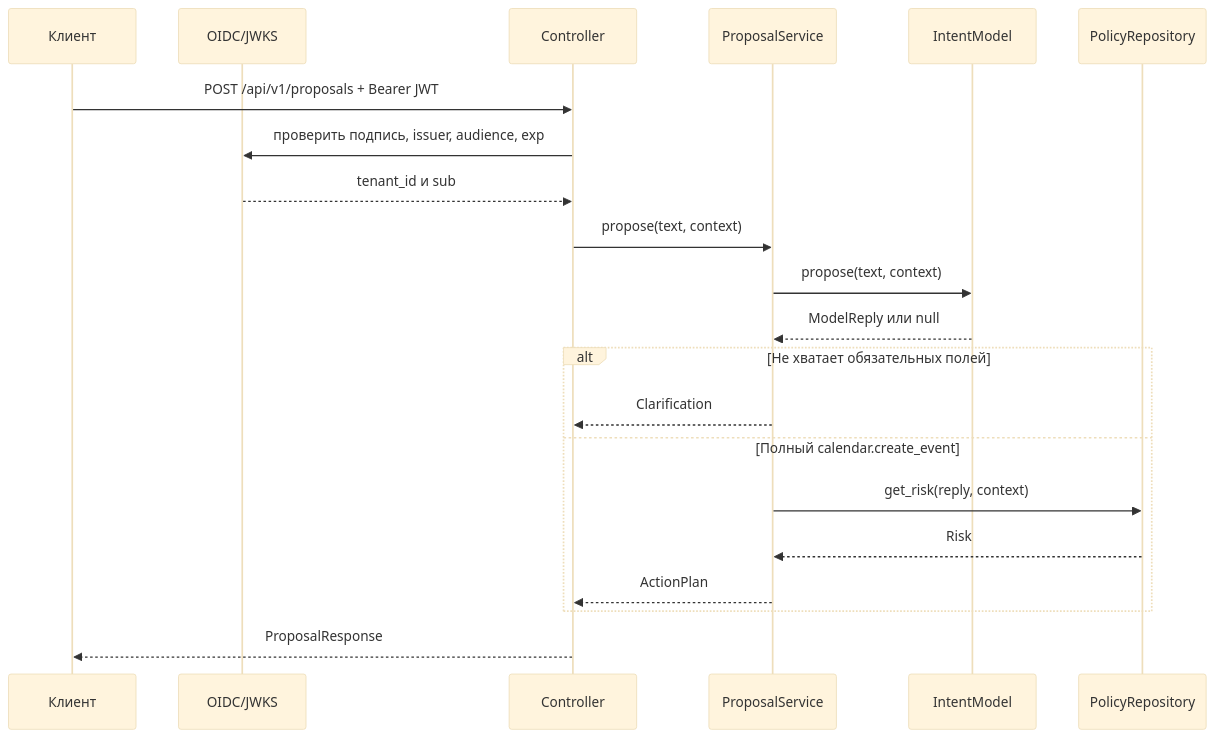
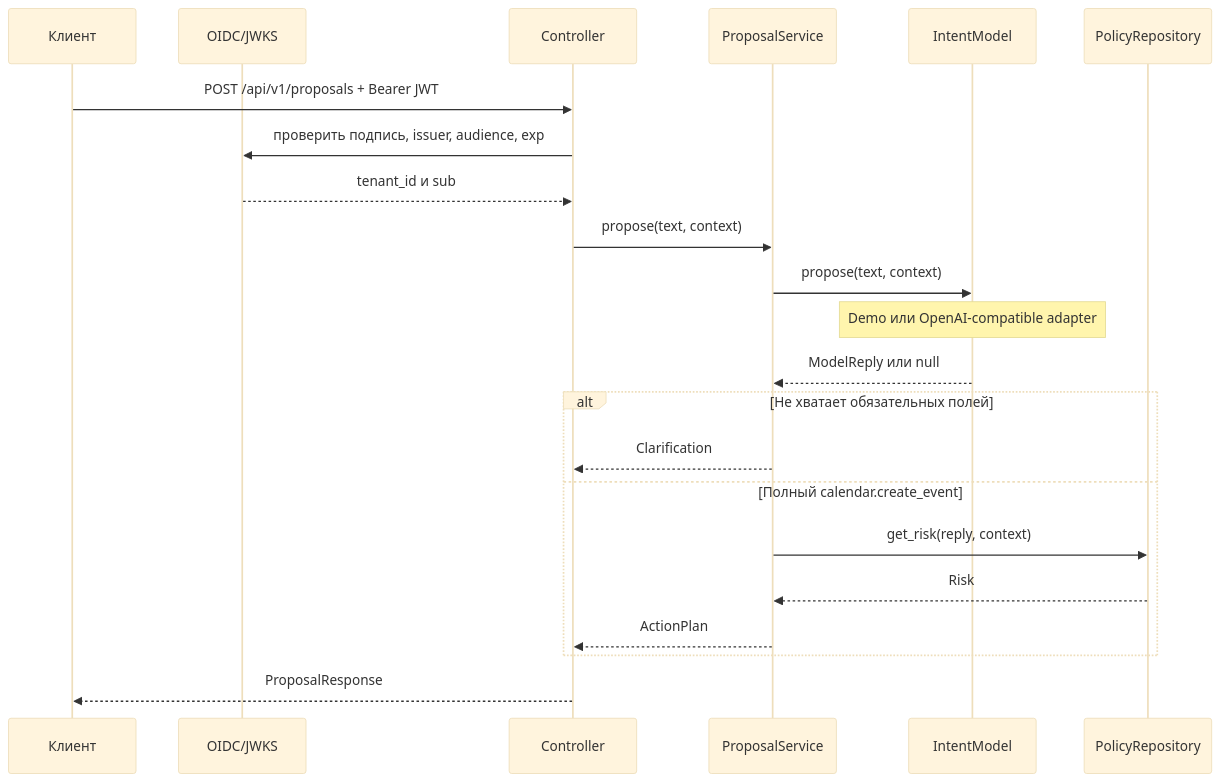
The diagram in docs/architecture.md (portable-agent/agent-runtime), drawn with Mermaid (base theme) before and after one commit. The commit also changed other lines of this file and 9 other files, not shown here.

Commit message:
feat: add OpenAI-compatible intent model (#13)

````diff
--- a/docs/architecture.md
+++ b/docs/architecture.md
@@ -5,24 +5,25 @@
 ```mermaid
 sequenceDiagram
     participant Client as Клиент
     participant OIDC as OIDC/JWKS
     participant Controller as Controller
     participant Service as ProposalService
     participant Model as IntentModel
     participant Policy as PolicyRepository
 
     Client->>Controller: POST /api/v1/proposals + Bearer JWT
     Controller->>OIDC: проверить подпись, issuer, audience, exp
     OIDC-->>Controller: tenant_id и sub
     Controller->>Service: propose(text, context)
     Service->>Model: propose(text, context)
+    Note over Model: Demo или OpenAI-compatible adapter
     Model-->>Service: ModelReply или null
     alt Не хватает обязательных полей
         Service-->>Controller: Clarification
     else Полный calendar.create_event
         Service->>Policy: get_risk(reply, context)
         Policy-->>Service: Risk
         Service-->>Controller: ActionPlan
     end
     Controller-->>Client: ProposalResponse
 ```
````
